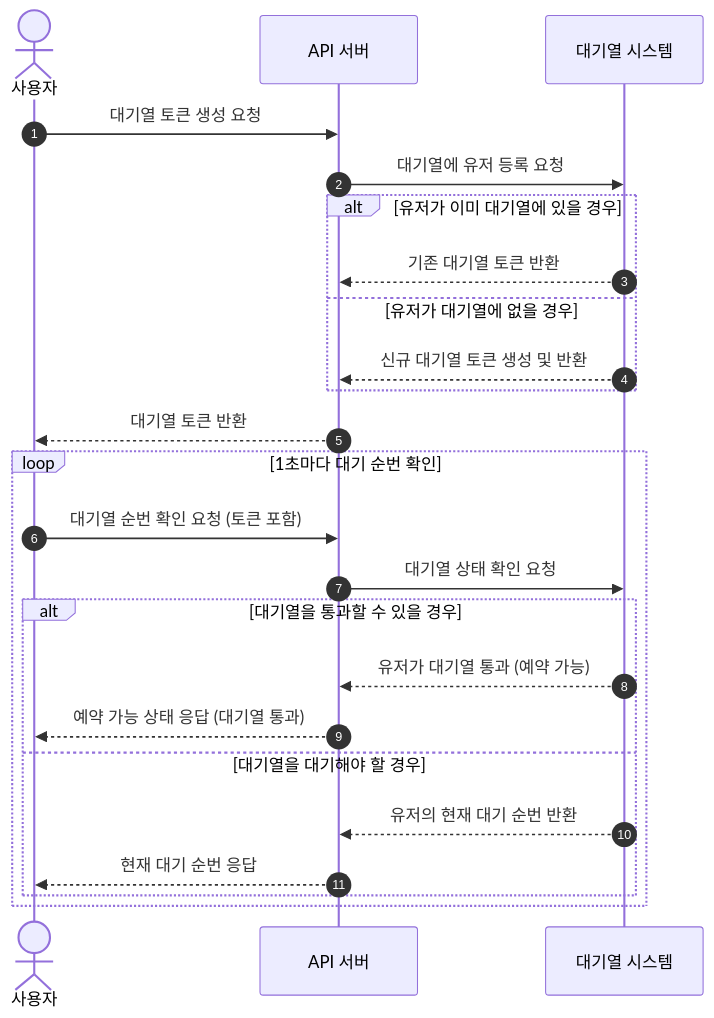
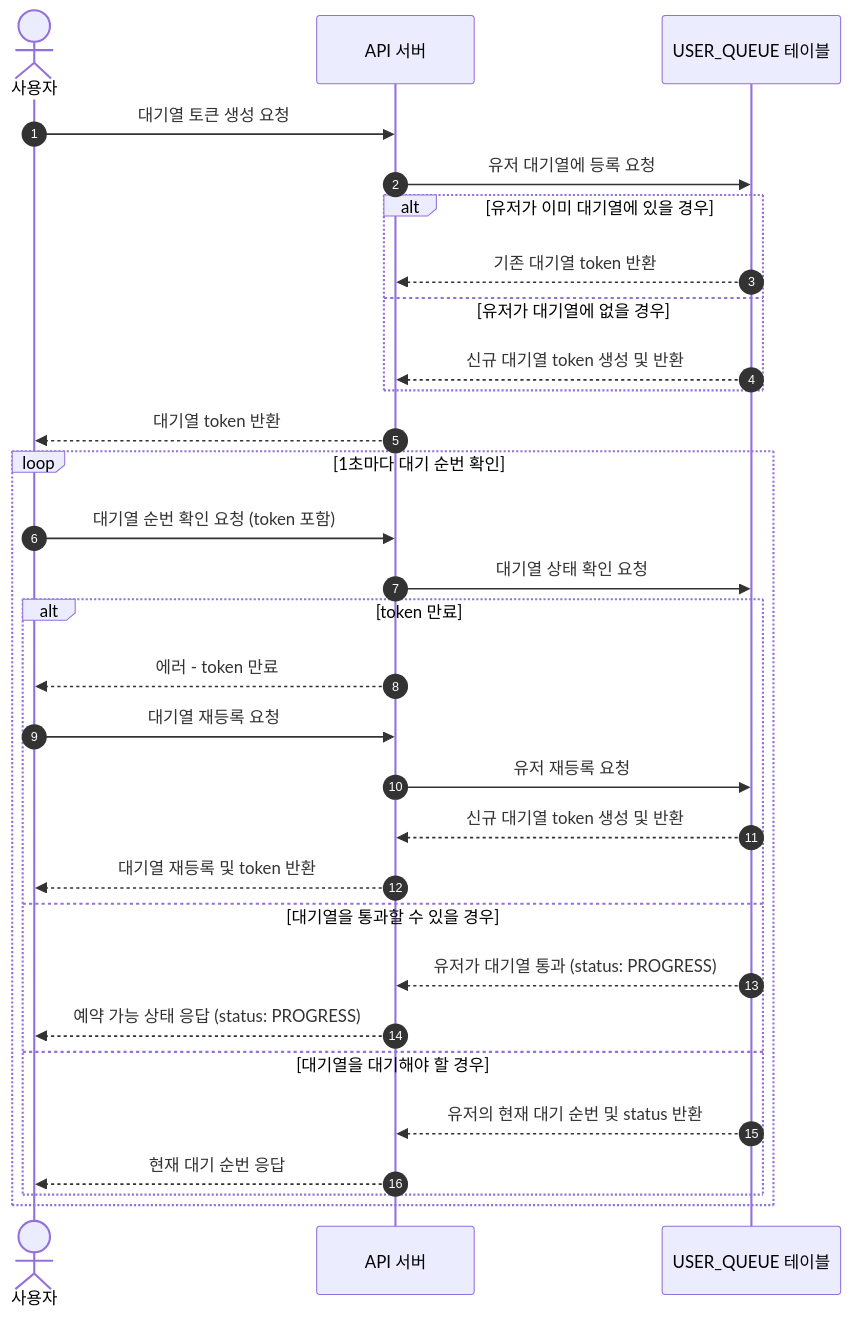
Before and after one commit to Cheondongmin/concert-java: the first of 6 diagrams in docs/sequence.md, drawn with Mermaid. The commit also changed other lines of this file, not shown here.

Commit message:
fix: 시퀀스 다이어그램 추가 및 수정      erd 수정

````diff
--- a/docs/sequence.md
+++ b/docs/sequence.md
@@ -4,27 +4,33 @@
 ```mermaid
 sequenceDiagram
     autonumber
     actor 사용자 as 사용자
     participant API as API 서버
-    participant 대기열 as 대기열 시스템
+    participant USER_QUEUE as USER_QUEUE 테이블
     사용자 ->> API: 대기열 토큰 생성 요청
-    API ->> 대기열: 대기열에 유저 등록 요청
+    API ->> USER_QUEUE: 유저 대기열에 등록 요청
     alt 유저가 이미 대기열에 있을 경우
-        대기열 -->> API: 기존 대기열 토큰 반환
+        USER_QUEUE -->> API: 기존 대기열 token 반환
     else 유저가 대기열에 없을 경우
-        대기열 -->> API: 신규 대기열 토큰 생성 및 반환
+        USER_QUEUE -->> API: 신규 대기열 token 생성 및 반환
     end
-    API -->> 사용자: 대기열 토큰 반환
+    API -->> 사용자: 대기열 token 반환
 
     loop 1초마다 대기 순번 확인
-        사용자 ->> API: 대기열 순번 확인 요청 (토큰 포함)
-        API ->> 대기열: 대기열 상태 확인 요청
-        alt 대기열을 통과할 수 있을 경우
-            대기열 -->> API: 유저가 대기열 통과 (예약 가능)
-            API -->> 사용자: 예약 가능 상태 응답 (대기열 통과)
+        사용자 ->> API: 대기열 순번 확인 요청 (token 포함)
+        API ->> USER_QUEUE: 대기열 상태 확인 요청
+        alt token 만료
+            API -->> 사용자: 에러 - token 만료
+            사용자 ->> API: 대기열 재등록 요청
+            API ->> USER_QUEUE: 유저 재등록 요청
+            USER_QUEUE -->> API: 신규 대기열 token 생성 및 반환
+            API -->> 사용자: 대기열 재등록 및 token 반환
+        else 대기열을 통과할 수 있을 경우
+            USER_QUEUE -->> API: 유저가 대기열 통과 (status: PROGRESS)
+            API -->> 사용자: 예약 가능 상태 응답 (status: PROGRESS)
         else 대기열을 대기해야 할 경우
-            대기열 -->> API: 유저의 현재 대기 순번 반환
+            USER_QUEUE -->> API: 유저의 현재 대기 순번 및 status 반환
             API -->> 사용자: 현재 대기 순번 응답
         end
     end
 ```
````
